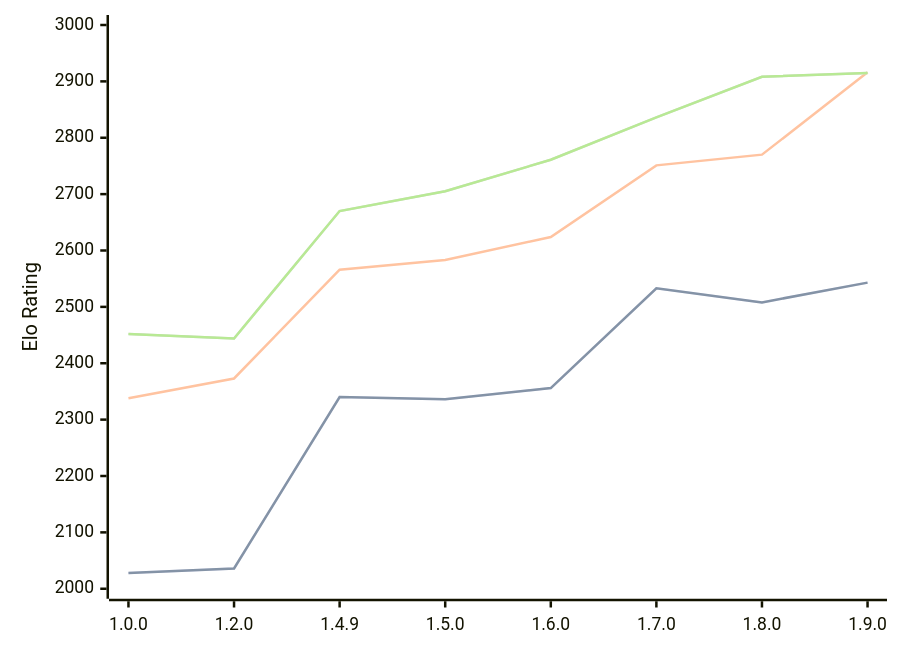
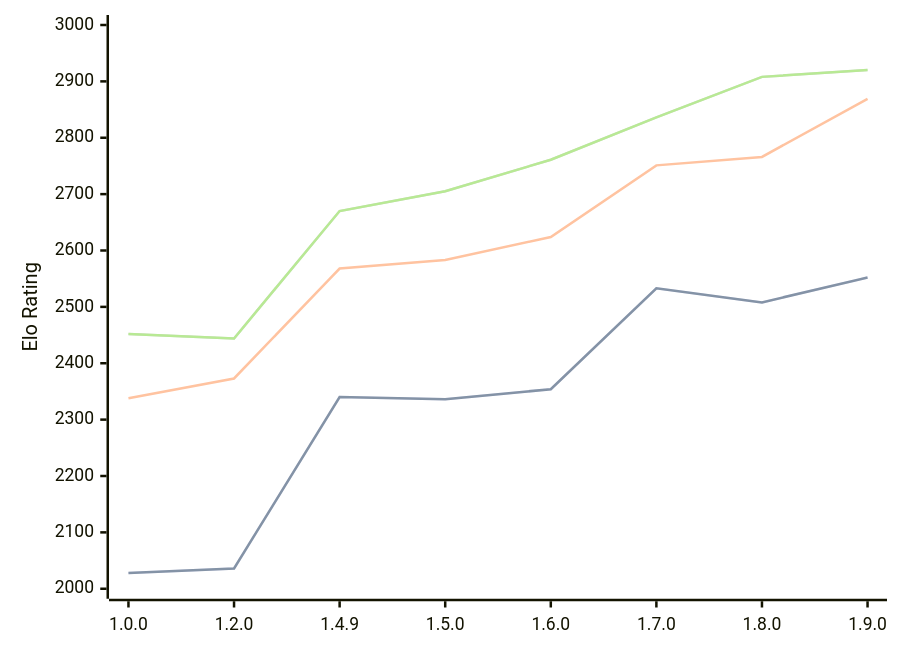
The diagram in engines/Basilisk.md (computer-chess-index/cci), drawn with Mermaid before and after one commit. The commit also changed other lines of this file, not shown here.

Commit message:
Update CCI Ratings (ELO VLTC) - 2026-07-21

````diff
--- a/engines/Basilisk.md
+++ b/engines/Basilisk.md
@@ -52,11 +52,11 @@
 ```mermaid
 %%{init: {"theme":"base","themeVariables":{"seriesColors:['#a3a3a3','#222221','#faa371']}}}%%
 xychart-beta
   x-axis ["1.0.0", "1.2.0", "1.4.9", "1.5.0", "1.6.0", "1.7.0", "1.8.0", "1.9.0"]
   y-axis "Elo Rating" 2000 --> 3000
-  line "STC (8.0+0.08s)" [2028, 2036, 2340, 2336, 2356, 2533, 2508, 2543]
-  line "STC (8.0+0.08s)" [2028, 2036, 2340, 2336, 2356, 2533, 2508, 2543]
-  line "LTC (60.0+0.60s)" [2338, 2373, 2566, 2583, 2624, 2751, 2770, 2916]
-  line "VLTC (2m24s+1.12s)" [2452, 2444, 2670, 2705, 2761, 2836, 2908, 2915]
-  line "VLTC (2m24s+1.12s)" [2452, 2444, 2670, 2705, 2761, 2836, 2908, 2915]
+  line "STC (8.0+0.08s)" [2028, 2036, 2340, 2336, 2354, 2533, 2508, 2552]
+  line "STC (8.0+0.08s)" [2028, 2036, 2340, 2336, 2354, 2533, 2508, 2552]
+  line "LTC (60.0+0.60s)" [2338, 2373, 2568, 2583, 2624, 2751, 2766, 2869]
+  line "VLTC (2m24s+1.12s)" [2452, 2444, 2670, 2705, 2761, 2836, 2908, 2920]
+  line "VLTC (2m24s+1.12s)" [2452, 2444, 2670, 2705, 2761, 2836, 2908, 2920]
 ```
````
